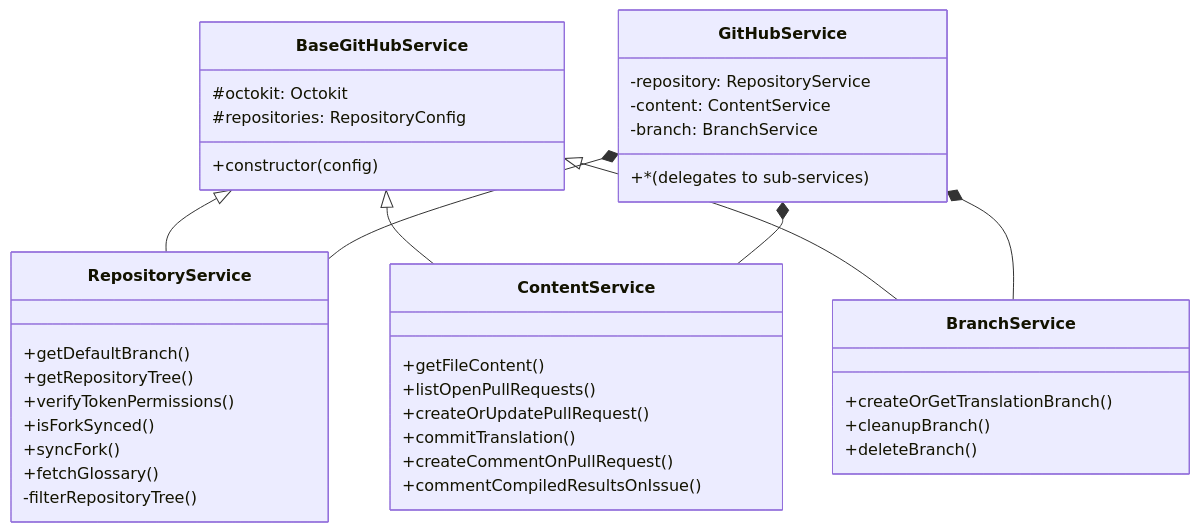
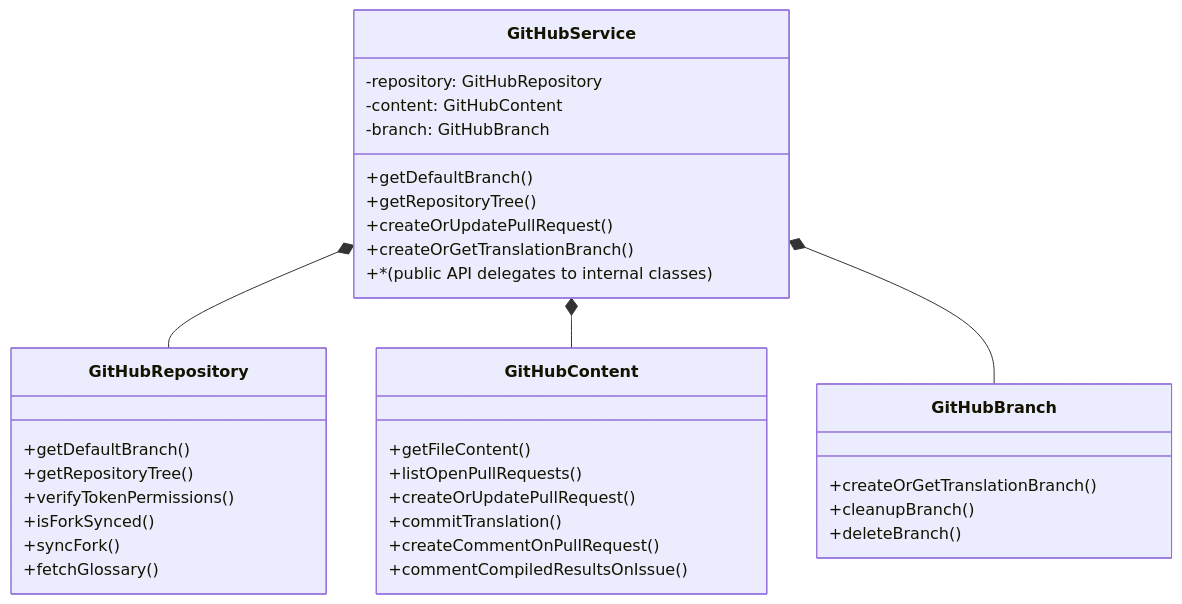
Before and after one commit to NivaldoFarias/translate-react: the second of 8 diagrams in docs/ARCHITECTURE.md, drawn with Mermaid. The commit also changed other lines of this file and 6 other files, not shown here.

First line of the commit message:
docs: align `README.md` and architecture docs with current codebase

````diff
--- a/docs/ARCHITECTURE.md
+++ b/docs/ARCHITECTURE.md
@@ -126,48 +107,41 @@
 ```mermaid
 classDiagram
-    class BaseGitHubService {
-        #octokit: Octokit
-        #repositories: RepositoryConfig
-        +constructor(config)
-    }
-
-    class RepositoryService {
+    class GitHubRepository {
         +getDefaultBranch()
         +getRepositoryTree()
         +verifyTokenPermissions()
         +isForkSynced()
         +syncFork()
         +fetchGlossary()
-        -filterRepositoryTree()
     }
 
-    class ContentService {
+    class GitHubContent {
         +getFileContent()
         +listOpenPullRequests()
         +createOrUpdatePullRequest()
         +commitTranslation()
         +createCommentOnPullRequest()
         +commentCompiledResultsOnIssue()
     }
 
-    class BranchService {
+    class GitHubBranch {
         +createOrGetTranslationBranch()
         +cleanupBranch()
         +deleteBranch()
     }
 
     class GitHubService {
-        -repository: RepositoryService
-        -content: ContentService
-        -branch: BranchService
-        +* (delegates to sub-services)
+        -repository: GitHubRepository
+        -content: GitHubContent
+        -branch: GitHubBranch
+        +getDefaultBranch()
+        +getRepositoryTree()
+        +createOrUpdatePullRequest()
+        +createOrGetTranslationBranch()
+        +* (public API delegates to internal classes)
     }
 
-    BaseGitHubService <|-- RepositoryService
-    BaseGitHubService <|-- ContentService
-    BaseGitHubService <|-- BranchService
-
-    GitHubService *-- RepositoryService
-    GitHubService *-- ContentService
-    GitHubService *-- BranchService
+    GitHubService *-- GitHubRepository
+    GitHubService *-- GitHubContent
+    GitHubService *-- GitHubBranch
 ```
````
